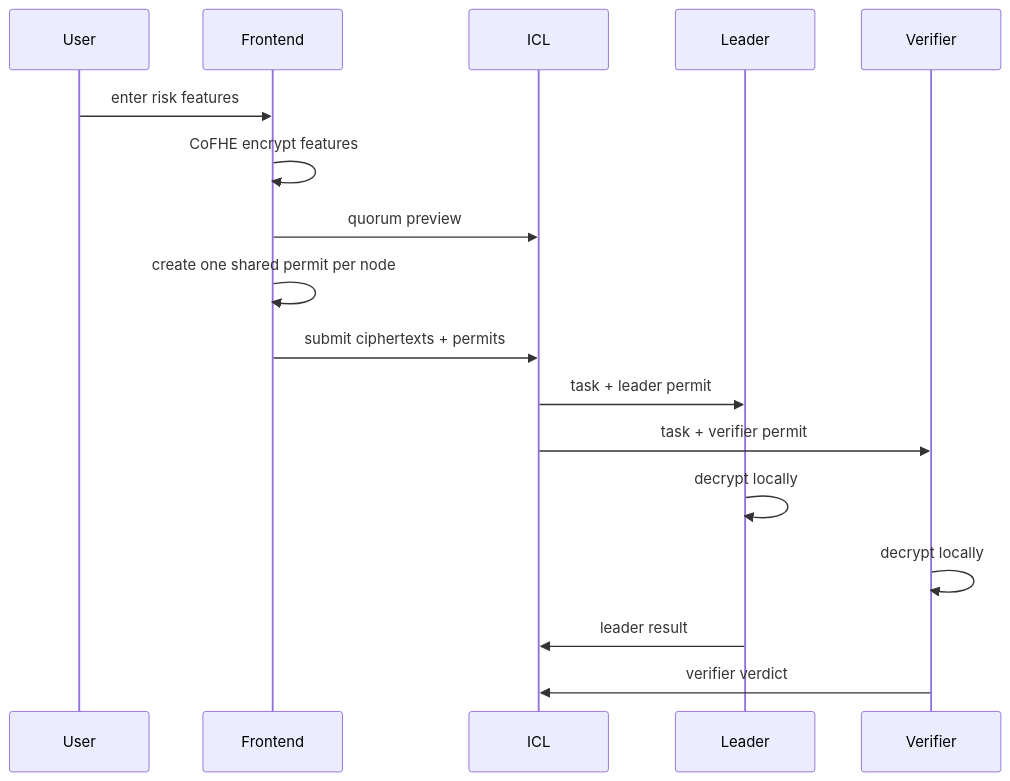
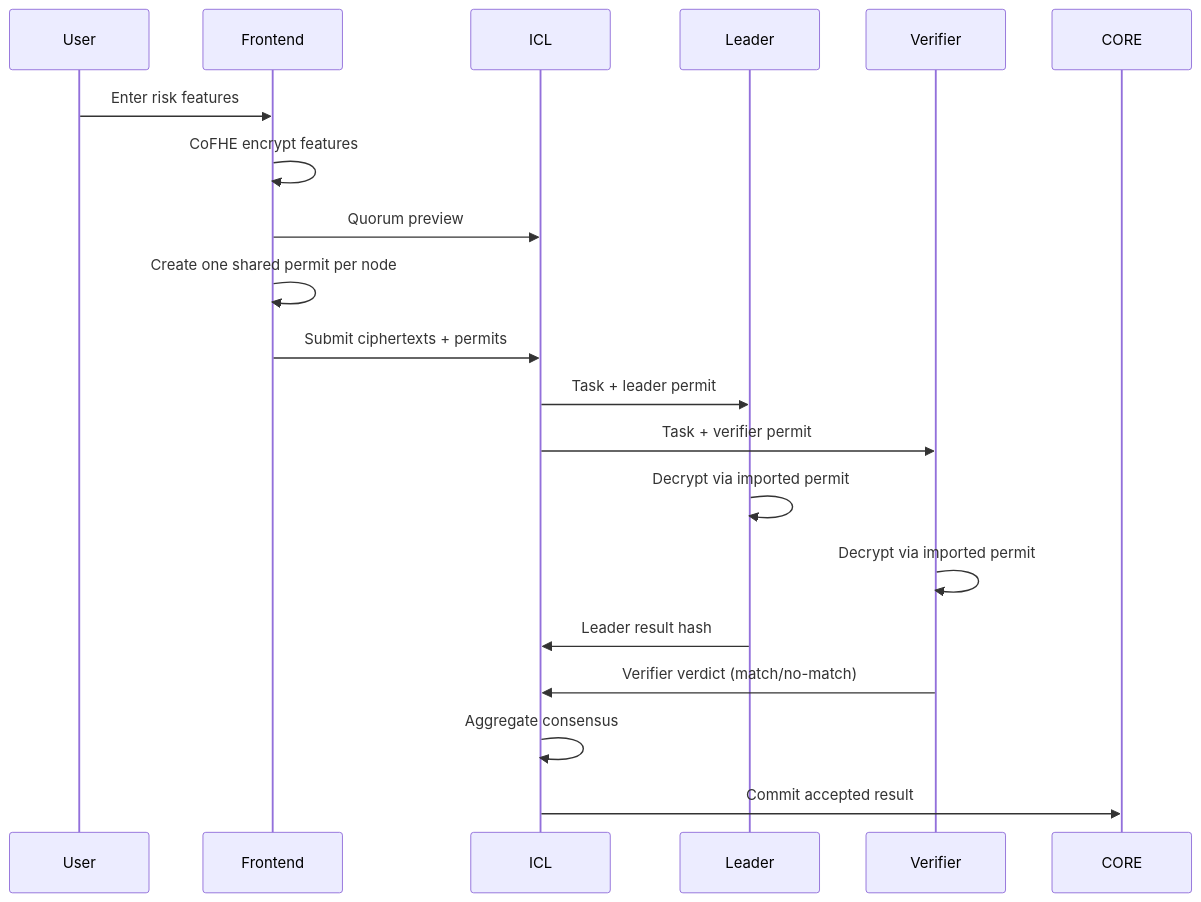
One commit to AbhishekPanwarr/Blindference changed the second of 4 diagrams in ARCHITECTURE.md. Above: the diagram before and after it, drawn with Mermaid. The commit also changed other lines of this file and 418 other files, not shown here.

````diff
--- a/ARCHITECTURE.md
+++ b/ARCHITECTURE.md
@@ -142,20 +172,22 @@
 ```mermaid
 sequenceDiagram
     participant User
     participant FE as Frontend
     participant ICL
     participant Leader
     participant Verifier
 
-    User->>FE: enter risk features
+    User->>FE: Enter risk features
     FE->>FE: CoFHE encrypt features
-    FE->>ICL: quorum preview
-    FE->>FE: create one shared permit per node
-    FE->>ICL: submit ciphertexts + permits
-    ICL->>Leader: task + leader permit
-    ICL->>Verifier: task + verifier permit
-    Leader->>Leader: decrypt locally
-    Verifier->>Verifier: decrypt locally
-    Leader->>ICL: leader result
-    Verifier->>ICL: verifier verdict
+    FE->>ICL: Quorum preview
+    FE->>FE: Create one shared permit per node
+    FE->>ICL: Submit ciphertexts + permits
+    ICL->>Leader: Task + leader permit
+    ICL->>Verifier: Task + verifier permit
+    Leader->>Leader: Decrypt via imported permit
+    Verifier->>Verifier: Decrypt via imported permit
+    Leader->>ICL: Leader result hash
+    Verifier->>ICL: Verifier verdict (match/no-match)
+    ICL->>ICL: Aggregate consensus
+    ICL->>CORE: Commit accepted result
 ```
````
